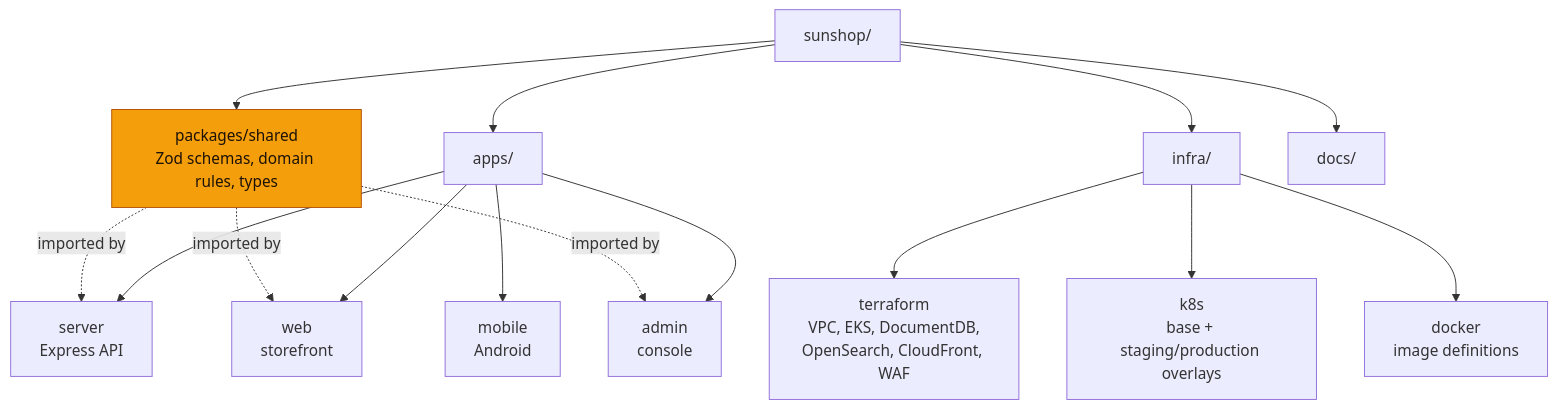
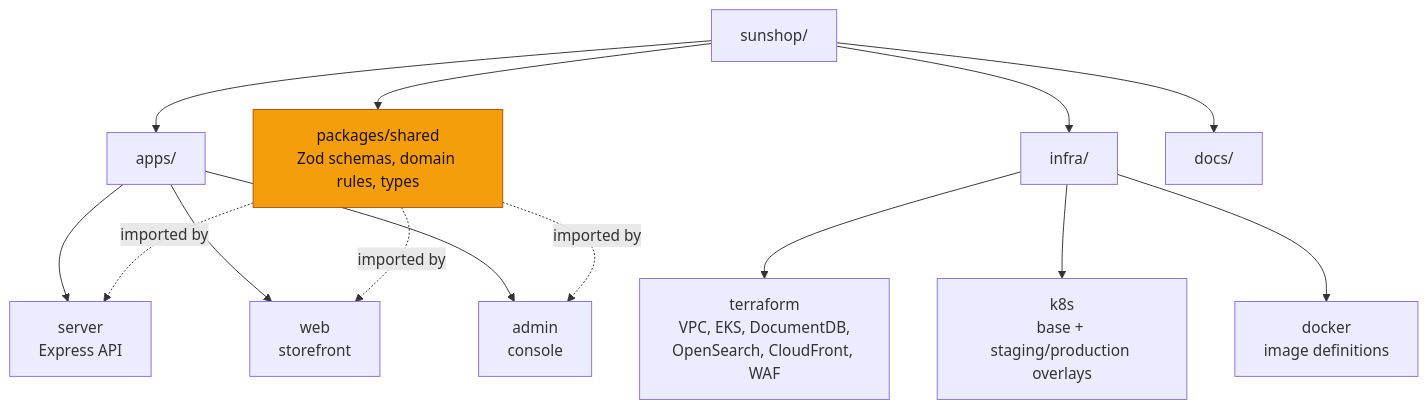
The third of 10 diagrams in README.md (ahmedselimmansor-ctrl/Sunshop-e-ccomerce-MERN-stack), drawn with Mermaid before and after one commit. The commit also changed other lines of this file and 65 other files, not shown here.

````diff
--- a/README.md
+++ b/README.md
@@ -144,24 +141,23 @@
 ```mermaid
 flowchart TD
     ROOT["sunshop/"]
 
     ROOT --> APPS["apps/"]
     ROOT --> PKG["packages/shared<br/>Zod schemas, domain rules, types"]
     ROOT --> INF["infra/"]
     ROOT --> DOC["docs/"]
 
     APPS --> SRV["server<br/>Express API"]
     APPS --> WEB["web<br/>storefront"]
     APPS --> ADM["admin<br/>console"]
-    APPS --> MOB["mobile<br/>Android"]
 
     INF --> TF["terraform<br/>VPC, EKS, DocumentDB,<br/>OpenSearch, CloudFront, WAF"]
     INF --> K8S["k8s<br/>base + staging/production overlays"]
     INF --> DKR["docker<br/>image definitions"]
 
     PKG -.imported by.-> SRV
     PKG -.imported by.-> WEB
     PKG -.imported by.-> ADM
 
     style PKG fill:#f59e0b,stroke:#b45309,color:#1c1207
 ```
````
